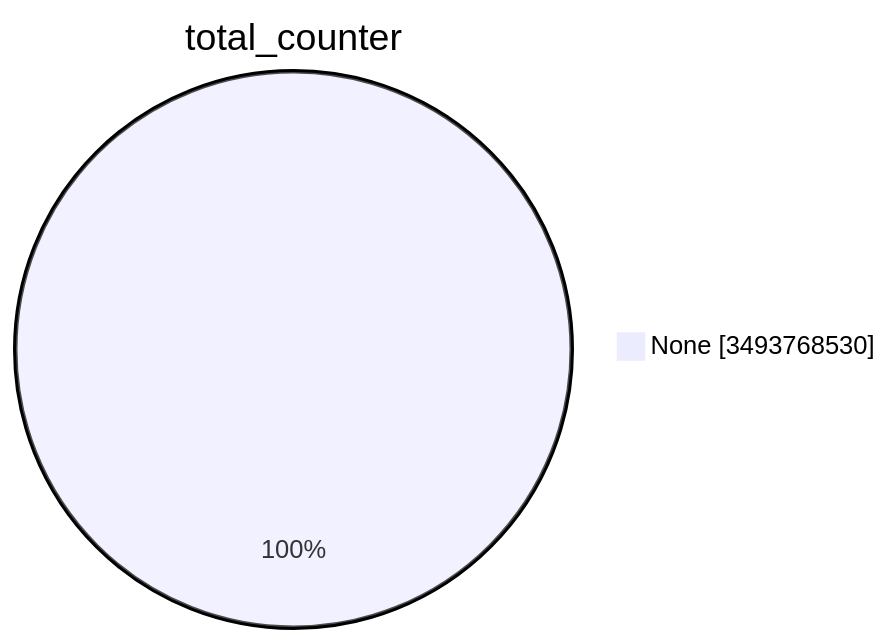
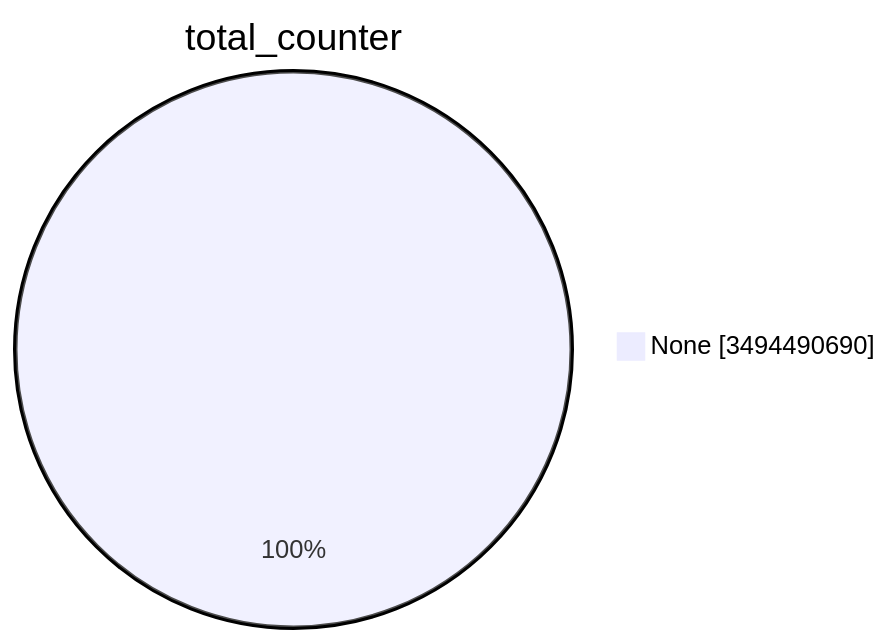
The first of 15 diagrams in TOTAL/README.md (christiankrug/ctmonitor_visualization), drawn with Mermaid before and after one commit. The commit also changed other lines of this file, not shown here.

````diff
--- a/TOTAL/README.md
+++ b/TOTAL/README.md
@@ -1,5 +1,5 @@
 ```mermaid
 pie showData
 title total_counter
-"None" :3493768530
+"None" :3494490690
 ```
````
